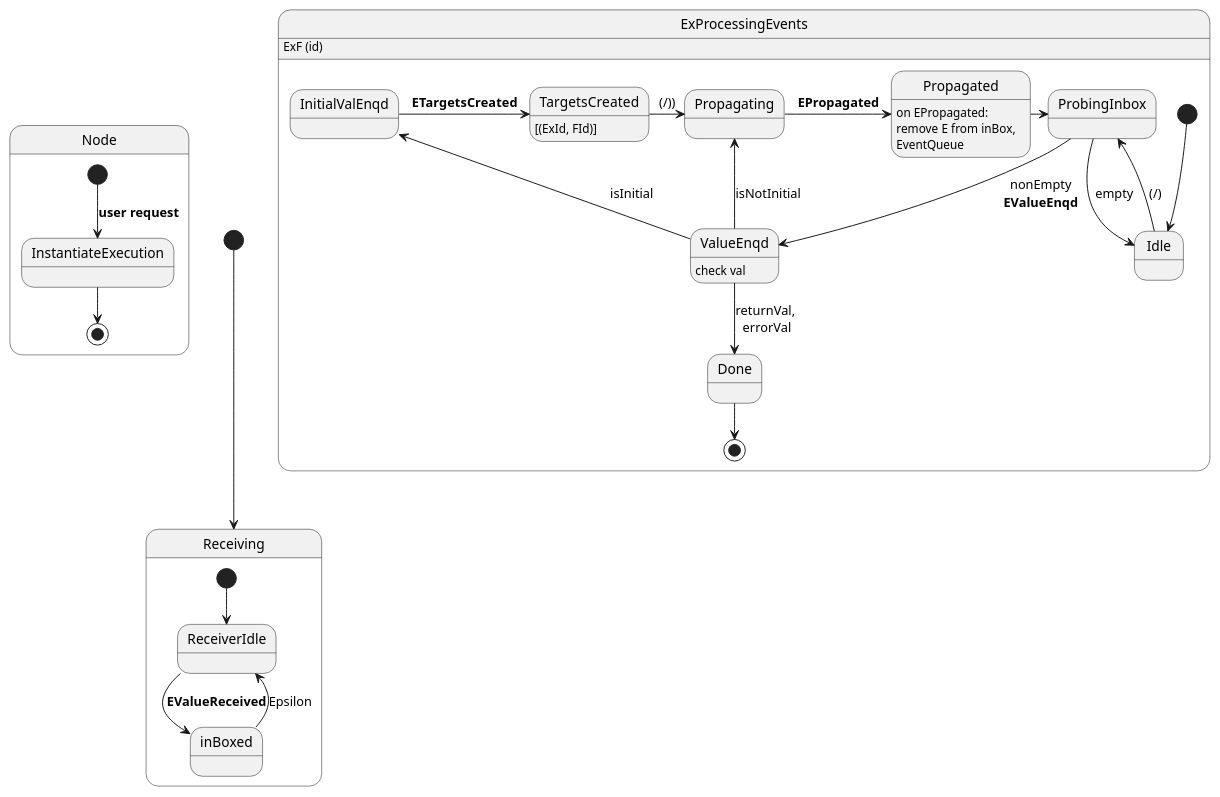
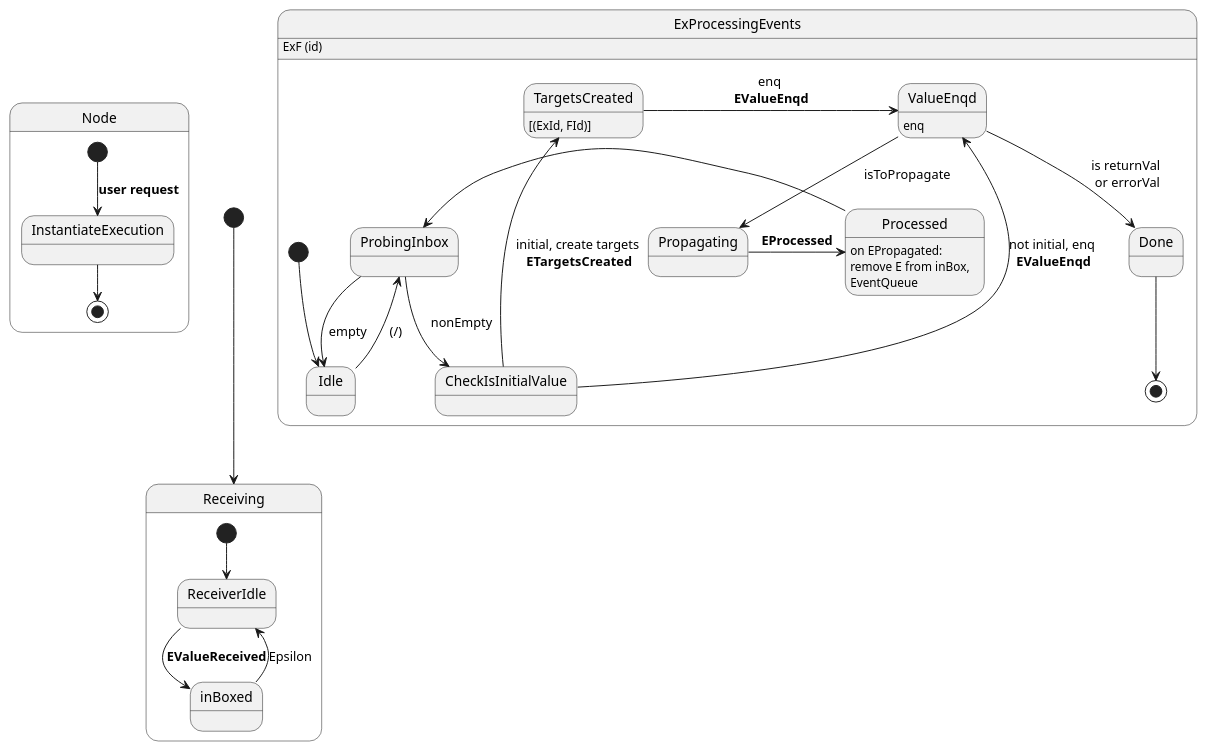
One commit to curiosag/picoservice changed the diagram in src/main/diagrams/messages.puml. Above: the diagram before and after it, drawn with PlantUML. The commit also changed 28 other files, not shown here.

```diff
--- a/src/main/diagrams/messages.puml
+++ b/src/main/diagrams/messages.puml
@@ -1,42 +1,45 @@
 @startuml
 'https://plantuml.com/state-diagram
 
 
 
 state Node {
   [*] --> InstantiateExecution : **user request**
   InstantiateExecution --> [*] 
 }
 
 
 [*] --> Receiving
 state Receiving {
   [*] --> ReceiverIdle
   ReceiverIdle --> inBoxed : **EValueReceived**
   inBoxed --> ReceiverIdle : Epsilon
 }
 
 state ExProcessingEvents {
   [*] --> Idle
   Idle --> ProbingInbox : (/)
   ProbingInbox --> Idle : empty
-  ProbingInbox --> ValueEnqd : nonEmpty\n** EValueEnqd **
-  ValueEnqd: check val
+  ProbingInbox --> CheckIsInitialValue : nonEmpty\n
 
-  ValueEnqd --> Done: returnVal,\n errorVal
+
+  TargetsCreated: [(ExId, FId)]
+
+  CheckIsInitialValue --> TargetsCreated: initial, create targets\n ** ETargetsCreated **
+  CheckIsInitialValue --> ValueEnqd : not initial, enq \n** EValueEnqd **
+
+  TargetsCreated -> ValueEnqd : enq \n** EValueEnqd **
+
+  ValueEnqd: enq
+  ValueEnqd --> Propagating : isToPropagate
+  ValueEnqd --> Done : is returnVal\n or errorVal
+
   Done --> [*]
 
-  ValueEnqd --> InitialValEnqd : isInitial
-  ValueEnqd --> Propagating : isNotInitial
-  
-  InitialValEnqd -> TargetsCreated : ** ETargetsCreated **
-  TargetsCreated: [(ExId, FId)]
-  
-  TargetsCreated -> Propagating : (/))
-  Propagating -> Propagated : ** EPropagated **
-    
-  Propagated: on EPropagated:\nremove E from inBox,\nEventQueue
-  Propagated -> ProbingInbox
+  Propagating -> Processed : ** EProcessed **
+
+  Processed: on EPropagated:\nremove E from inBox,\nEventQueue
+  Processed -> ProbingInbox
 }
 ExProcessingEvents: ExF (id) 
 @enduml
```
